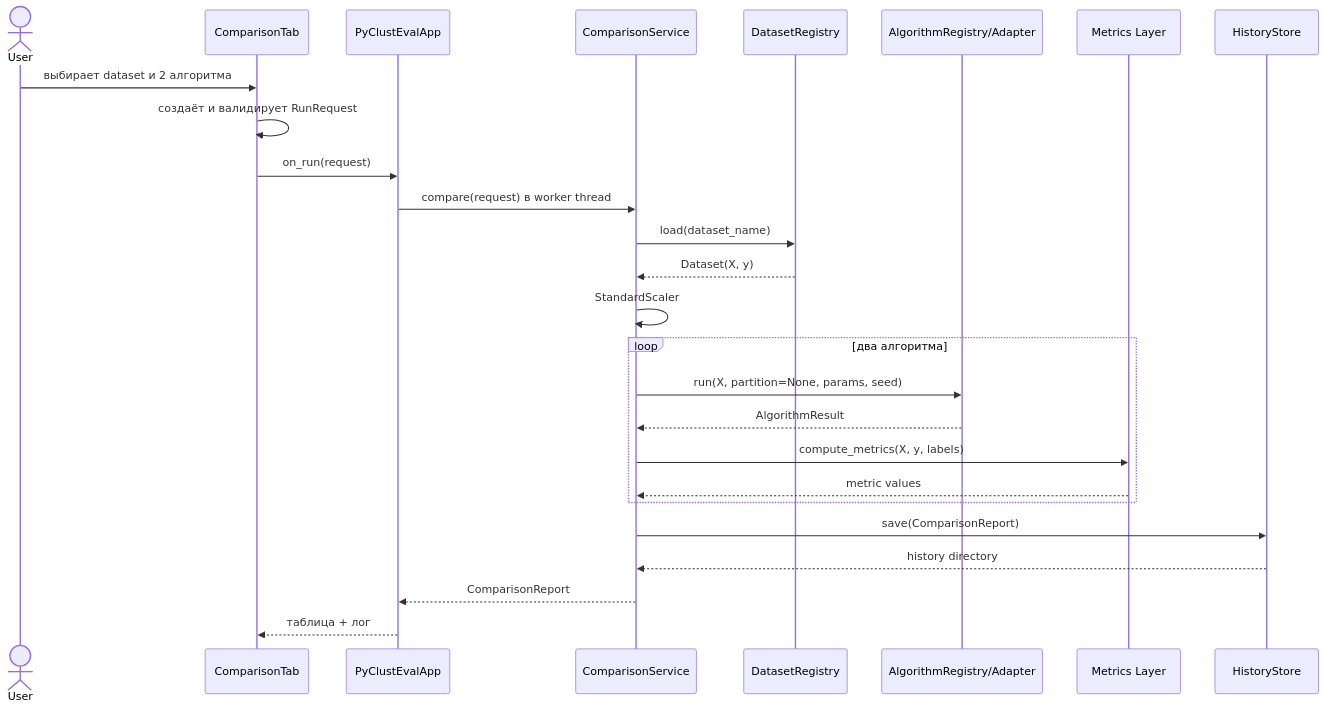
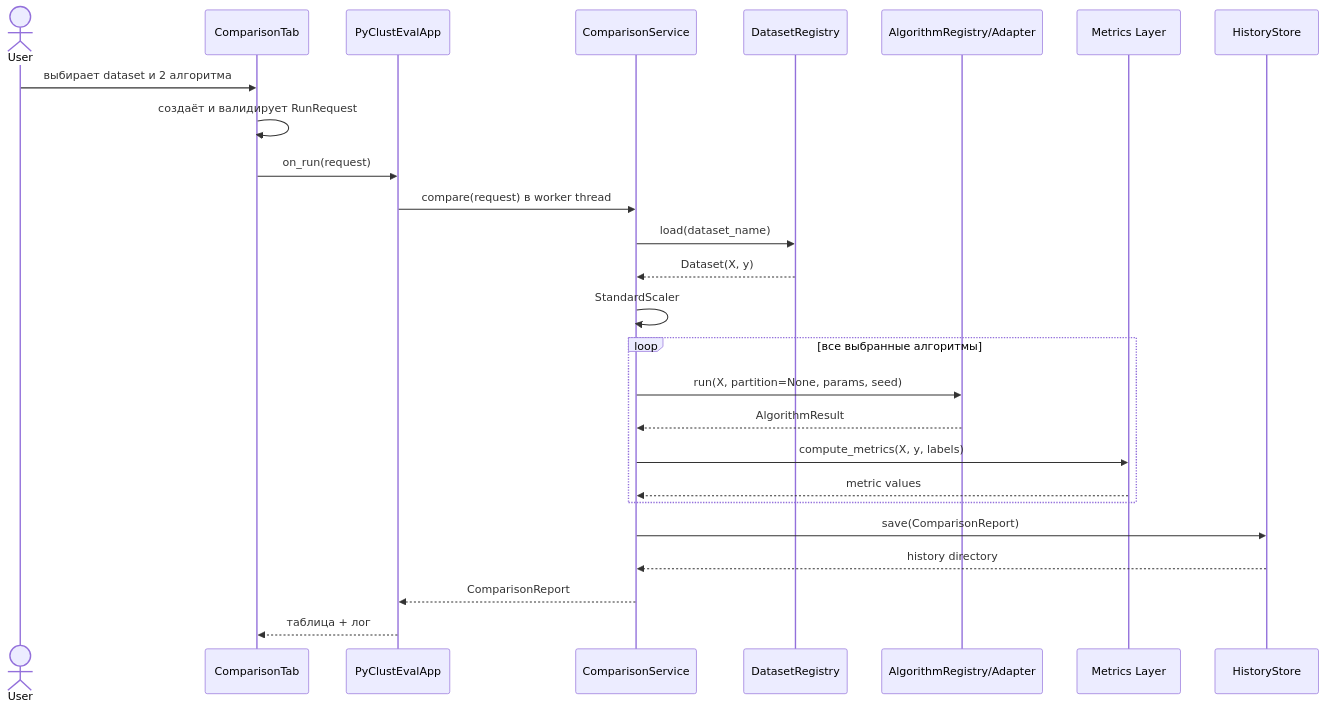
One commit to makolpaschikov/PyClustEval changed the third of 5 diagrams in docs/PyClustEval_TECHNICAL_ARCHITECTURE.md. Above: the diagram before and after it, drawn with Mermaid. The commit also changed other lines of this file and 22 other files, not shown here.

````diff
--- a/docs/PyClustEval_TECHNICAL_ARCHITECTURE.md
+++ b/docs/PyClustEval_TECHNICAL_ARCHITECTURE.md
@@ -1805,29 +1805,29 @@
 ```mermaid
 sequenceDiagram
     actor User
     participant UI as ComparisonTab
     participant App as PyClustEvalApp
     participant Service as ComparisonService
     participant Data as DatasetRegistry
     participant Algo as AlgorithmRegistry/Adapter
     participant Metrics as Metrics Layer
     participant Store as HistoryStore
 
     User->>UI: выбирает dataset и 2 алгоритма
     UI->>UI: создаёт и валидирует RunRequest
     UI->>App: on_run(request)
     App->>Service: compare(request) в worker thread
     Service->>Data: load(dataset_name)
     Data-->>Service: Dataset(X, y)
     Service->>Service: StandardScaler
-    loop два алгоритма
+    loop все выбранные алгоритмы
         Service->>Algo: run(X, partition=None, params, seed)
         Algo-->>Service: AlgorithmResult
         Service->>Metrics: compute_metrics(X, y, labels)
         Metrics-->>Service: metric values
     end
     Service->>Store: save(ComparisonReport)
     Store-->>Service: history directory
     Service-->>App: ComparisonReport
     App-->>UI: таблица + лог
 ```
````
